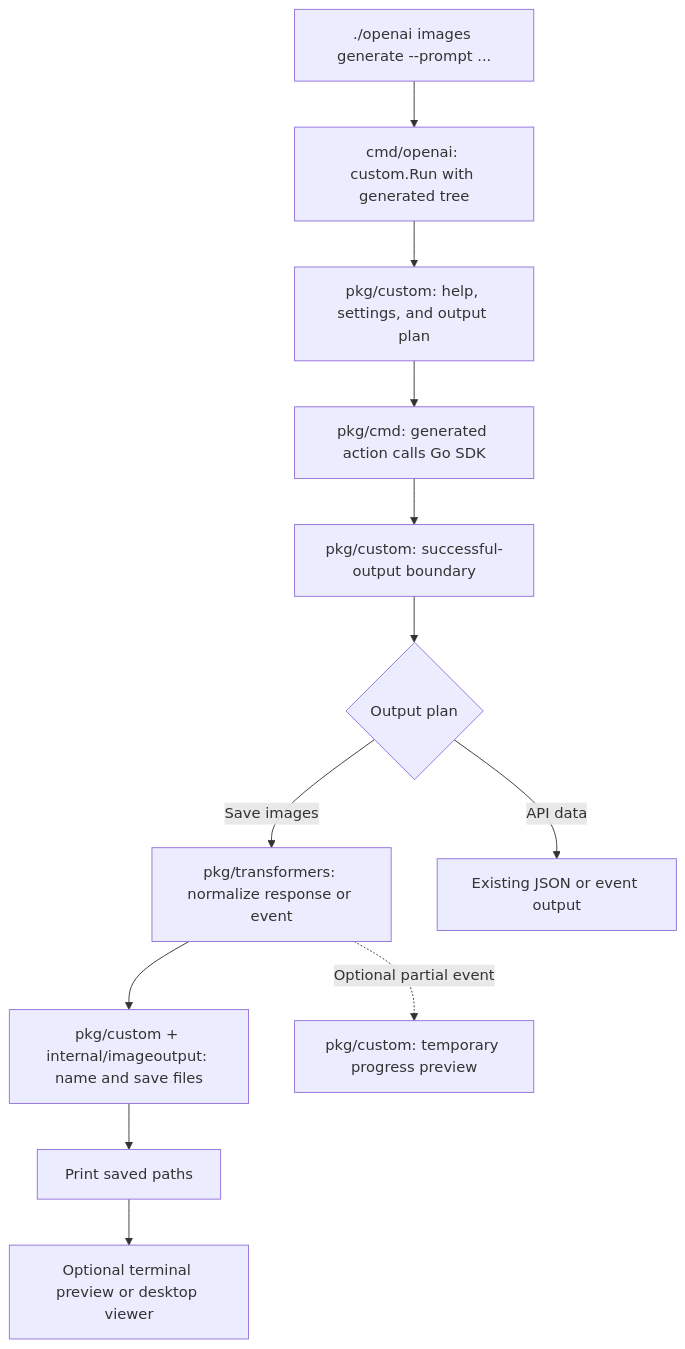
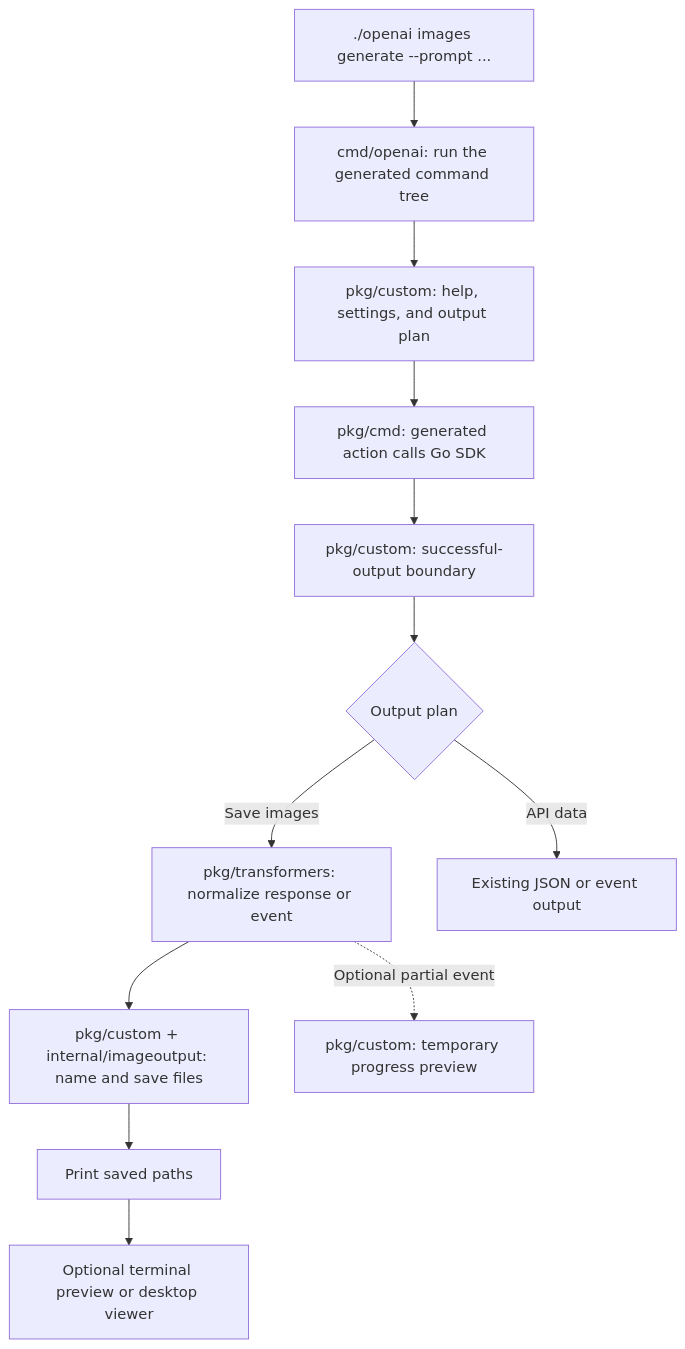
One commit to openai/openai-cli changed the first of 2 diagrams in docs/image-implementation.md. Above: the diagram before and after it, drawn with Mermaid. The commit also changed other lines of this file and 24 other files, not shown here.

````diff
--- a/docs/image-implementation.md
+++ b/docs/image-implementation.md
@@ -49,14 +48,14 @@
 ```mermaid
 flowchart TD
-    A["./openai images generate --prompt ..."] --> B["cmd/openai: custom.Run with generated tree"]
+    A["./openai images generate --prompt ..."] --> B["cmd/openai: run the generated command tree"]
     B --> C["pkg/custom: help, settings, and output plan"]
     C --> D["pkg/cmd: generated action calls Go SDK"]
     D --> E["pkg/custom: successful-output boundary"]
     E --> F{"Output plan"}
     F -->|"Save images"| T["pkg/transformers: normalize response or event"]
     T --> S["pkg/custom + internal/imageoutput: name and save files"]
     S --> G["Print saved paths"]
     G --> H["Optional terminal preview or desktop viewer"]
     F -->|"API data"| I["Existing JSON or event output"]
     T -. "Optional partial event" .-> J["pkg/custom: temporary progress preview"]
 ```
````
